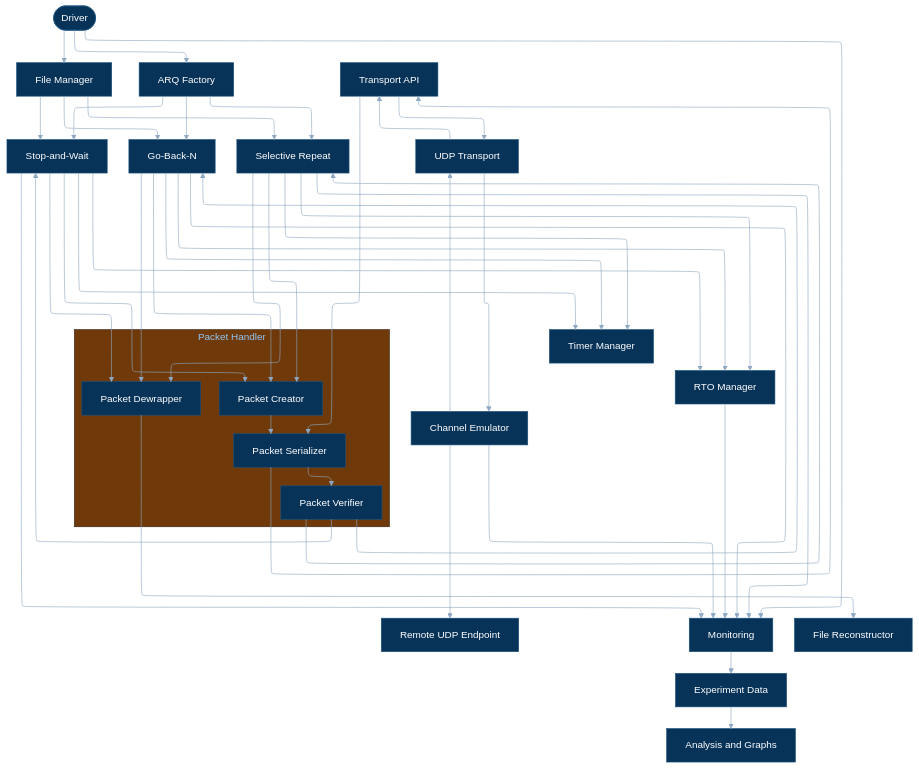
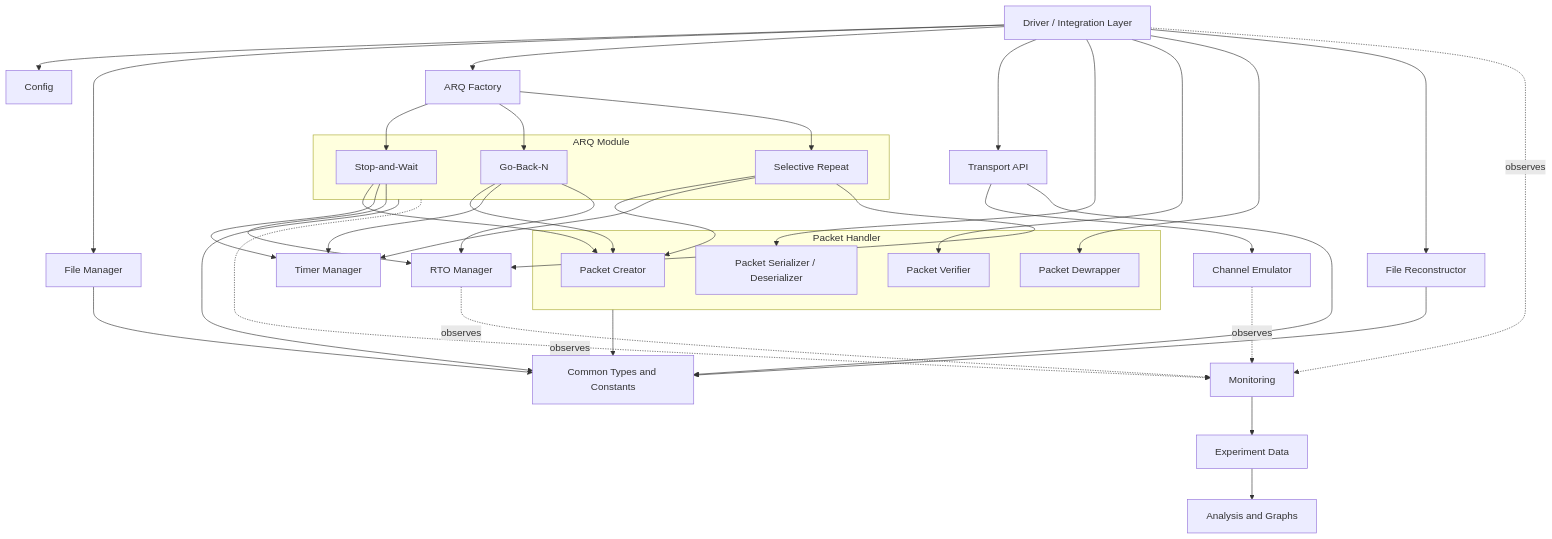
The first of 4 diagrams in docs/architecture.md (Siddharth-Nath-06/Reliable-UDP), drawn with Mermaid before and after one commit. The commit also changed other lines of this file, not shown here.

Commit message:
Clarify module interactions

````diff
--- a/docs/architecture.md
+++ b/docs/architecture.md
@@ -9,97 +17,68 @@
 ```mermaid
-%%{init: {
-  'layout': 'elk',
-  'theme': 'base',
-  'themeVariables': {
-    'primaryColor': '#083358',
-    'primaryTextColor': '#ffffff',
-    'primaryBorderColor': '#19507d',
-    'lineColor': '#8ea7c2'
-  }
-}}%%
 flowchart TD
+    DRIVER[Driver / Integration Layer]
+    CONFIG[Config]
+    FILE[File Manager]
+    ARQ_FACTORY[ARQ Factory]
 
-    A([Driver])
-    B[File Manager]
-
-    subgraph PH[Packet Handler]
-        C1[Packet Creator]
-        C2[Packet Verifier]
-        C3[Packet Serializer]
-        C4[Packet Dewrapper]
+    subgraph ARQ[ARQ Module]
+        SW[Stop-and-Wait]
+        GBN[Go-Back-N]
+        SR[Selective Repeat]
     end
 
-    D[ARQ Factory]
-    E[Stop-and-Wait]
-    F[Go-Back-N]
-    G[Selective Repeat]
+    subgraph PACKET[Packet Handler]
+        CREATOR[Packet Creator]
+        SERIALIZER[Packet Serializer / Deserializer]
+        VERIFIER[Packet Verifier]
+        DEWRAPPER[Packet Dewrapper]
+    end
 
-    H[Transport API]
-    I[UDP Transport]
-    J[Channel Emulator]
-    J2[Remote UDP Endpoint]
+    TRANSPORT[Transport API]
+    CHANNEL[Channel Emulator]
+    TIMER[Timer Manager]
+    RTO[RTO Manager]
+    RECON[File Reconstructor]
+    MONITOR[Monitoring]
+    DATA[Experiment Data]
+    ANALYSIS[Analysis and Graphs]
+    COMMON[Common Types and Constants]
 
-    K[Timer Manager]
-    L[RTO Manager]
-    M[Monitoring]
-    N[Experiment Data]
-    O[Analysis and Graphs]
+    DRIVER --> CONFIG
+    DRIVER --> FILE
+    DRIVER --> ARQ_FACTORY
+    ARQ_FACTORY --> SW
+    ARQ_FACTORY --> GBN
+    ARQ_FACTORY --> SR
 
-    P[File Reconstructor]
+    DRIVER --> TRANSPORT
+    DRIVER --> SERIALIZER
+    DRIVER --> VERIFIER
+    DRIVER --> DEWRAPPER
+    DRIVER --> RECON
 
-    A --> B
-    A --> D
+    SW --> CREATOR
+    GBN --> CREATOR
+    SR --> CREATOR
+    SW --> TIMER
+    GBN --> TIMER
+    SR --> TIMER
+    SW --> RTO
+    GBN --> RTO
+    SR --> RTO
 
-    D --> E
-    D --> F
-    D --> G
+    TRANSPORT --> CHANNEL
 
-    B --> E
-    B --> F
-    B --> G
+    FILE --> COMMON
+    ARQ --> COMMON
+    PACKET --> COMMON
+    RECON --> COMMON
+    TRANSPORT --> COMMON
 
-    E --> C1
-    F --> C1
-    G --> C1
-
-    C1 --> C3
-
-    C3 --> H
-    H --> I
-    I --> J
-    J --> I
-    I --> H
-
-    J --> J2
-
-    H --> C3
-    C3 --> C2
-
-    C2 --> E
-    C2 --> F
-    C2 --> G
-
-    E --> C4
-    F --> C4
-    G --> C4
-
-    C4 --> P
-
-    E --> K
-    F --> K
-    G --> K
-
-    E --> L
-    F --> L
-    G --> L
-
-    A --> M
-    E --> M
-    F --> M
-    G --> M
-    J --> M
-    L --> M
-
-    M --> N
-    N --> O
+    DRIVER -. observes .-> MONITOR
+    ARQ -. observes .-> MONITOR
+    CHANNEL -. observes .-> MONITOR
+    RTO -. observes .-> MONITOR
+    MONITOR --> DATA
+    DATA --> ANALYSIS
 ```
````
